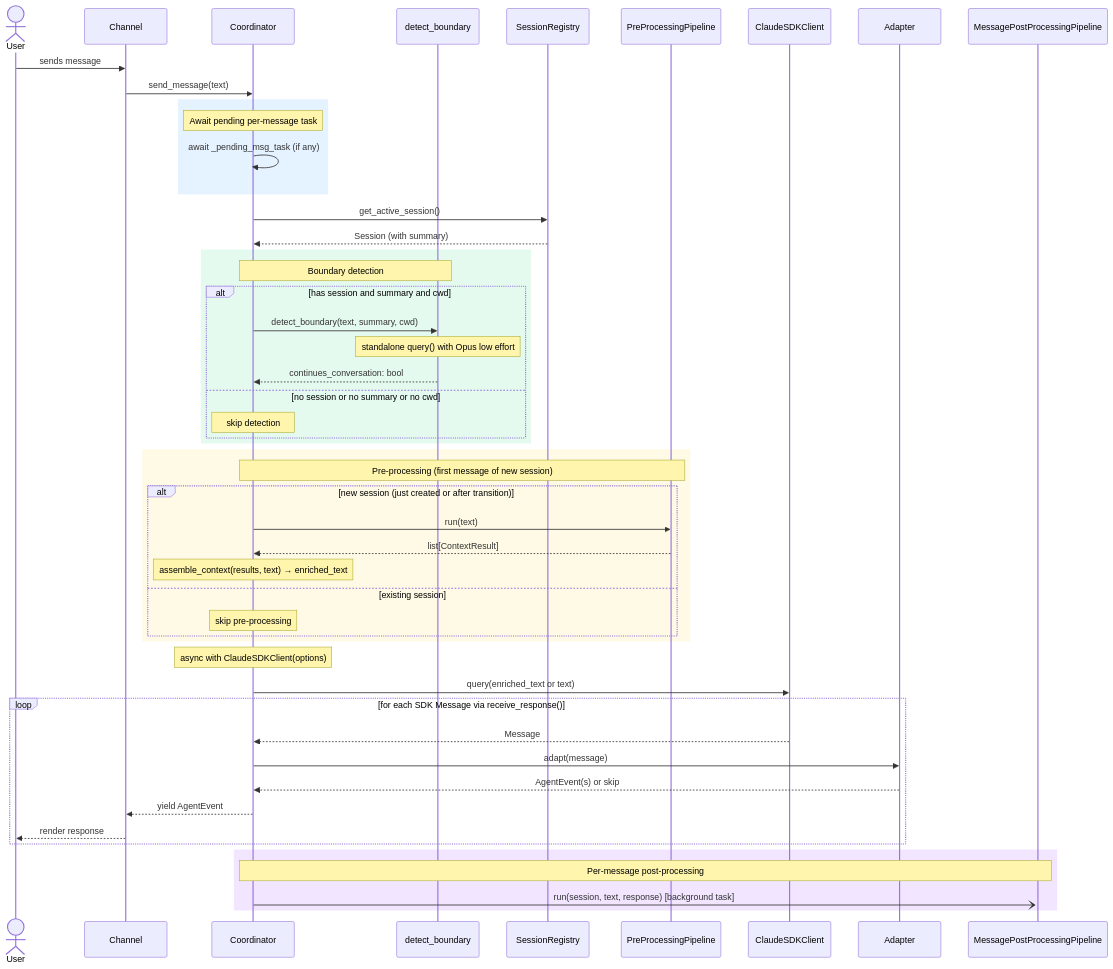
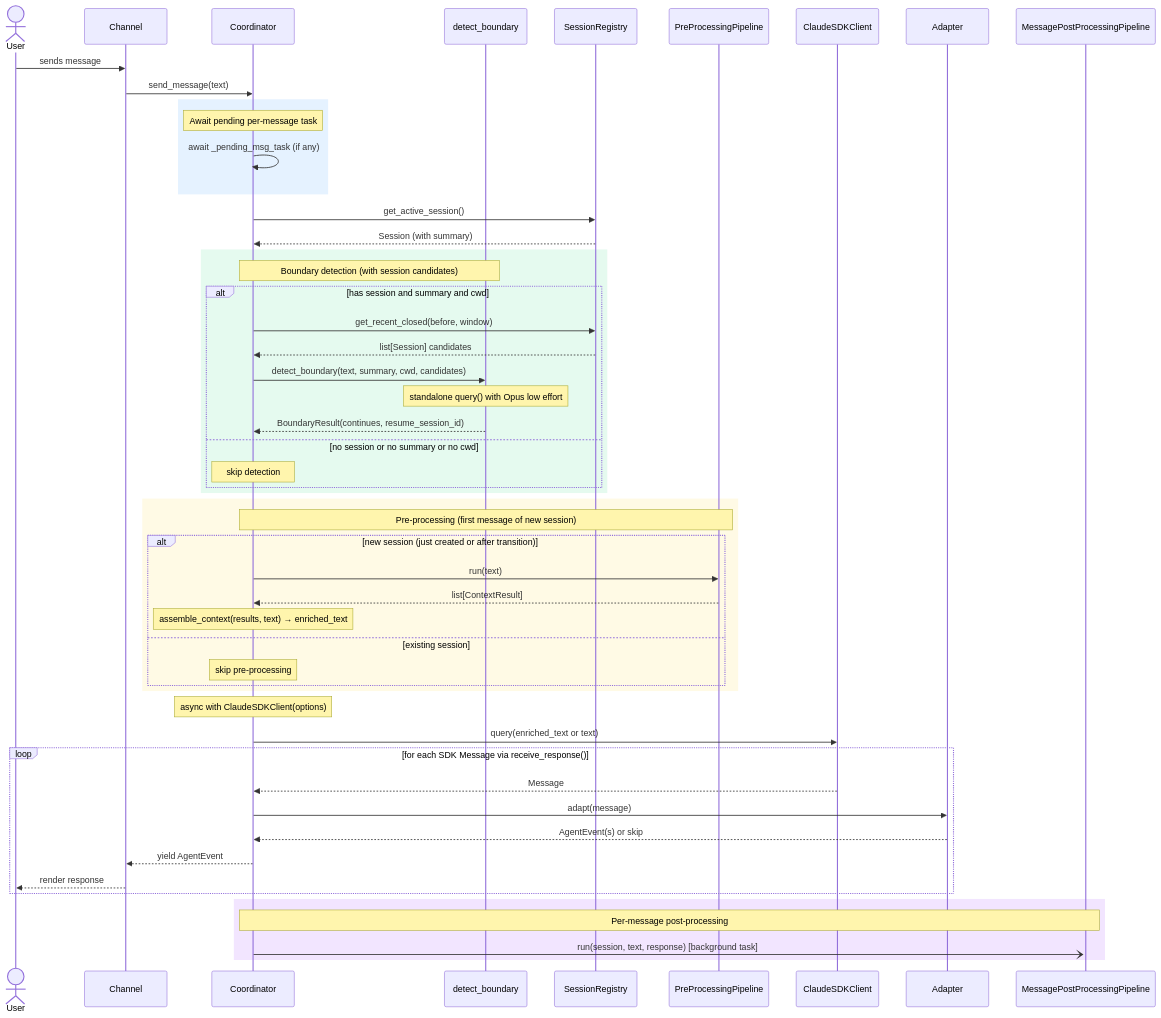
The first of 2 diagrams in docs/feature-designs/agent/core-architecture.md (asermax/tachikoma), drawn with Mermaid before and after one commit. The commit also changed other lines of this file and 11 other files, not shown here.

````diff
--- a/docs/feature-designs/agent/core-architecture.md
+++ b/docs/feature-designs/agent/core-architecture.md
@@ -83,60 +83,62 @@
 ```mermaid
 sequenceDiagram
     actor User
     participant Channel
     participant Coord as Coordinator
     participant Detector as detect_boundary
     participant Registry as SessionRegistry
     participant PrePipeline as PreProcessingPipeline
     participant SDK as ClaudeSDKClient
     participant Adapter
     participant MsgPipeline as MessagePostProcessingPipeline
 
     User->>Channel: sends message
     Channel->>Coord: send_message(text)
 
     rect rgba(0, 128, 255, 0.1)
         Note over Coord: Await pending per-message task
         Coord->>Coord: await _pending_msg_task (if any)
     end
 
     Coord->>Registry: get_active_session()
     Registry-->>Coord: Session (with summary)
 
     rect rgba(0, 200, 100, 0.1)
-        Note over Coord,Detector: Boundary detection
+        Note over Coord,Detector: Boundary detection (with session candidates)
         alt has session and summary and cwd
-            Coord->>Detector: detect_boundary(text, summary, cwd)
+            Coord->>Registry: get_recent_closed(before, window)
+            Registry-->>Coord: list[Session] candidates
+            Coord->>Detector: detect_boundary(text, summary, cwd, candidates)
             Note over Detector: standalone query() with Opus low effort
-            Detector-->>Coord: continues_conversation: bool
+            Detector-->>Coord: BoundaryResult(continues, resume_session_id)
         else no session or no summary or no cwd
             Note over Coord: skip detection
         end
     end
 
     rect rgba(255, 200, 0, 0.1)
         Note over Coord,PrePipeline: Pre-processing (first message of new session)
         alt new session (just created or after transition)
             Coord->>PrePipeline: run(text)
             PrePipeline-->>Coord: list[ContextResult]
             Note over Coord: assemble_context(results, text) → enriched_text
         else existing session
             Note over Coord: skip pre-processing
         end
     end
 
     Note over Coord: async with ClaudeSDKClient(options)
     Coord->>SDK: query(enriched_text or text)
     loop for each SDK Message via receive_response()
         SDK-->>Coord: Message
         Coord->>Adapter: adapt(message)
         Adapter-->>Coord: AgentEvent(s) or skip
         Coord-->>Channel: yield AgentEvent
         Channel-->>User: render response
     end
 
     rect rgba(128, 0, 255, 0.1)
         Note over Coord,MsgPipeline: Per-message post-processing
         Coord-)+MsgPipeline: run(session, text, response) [background task]
     end
 ```
````
